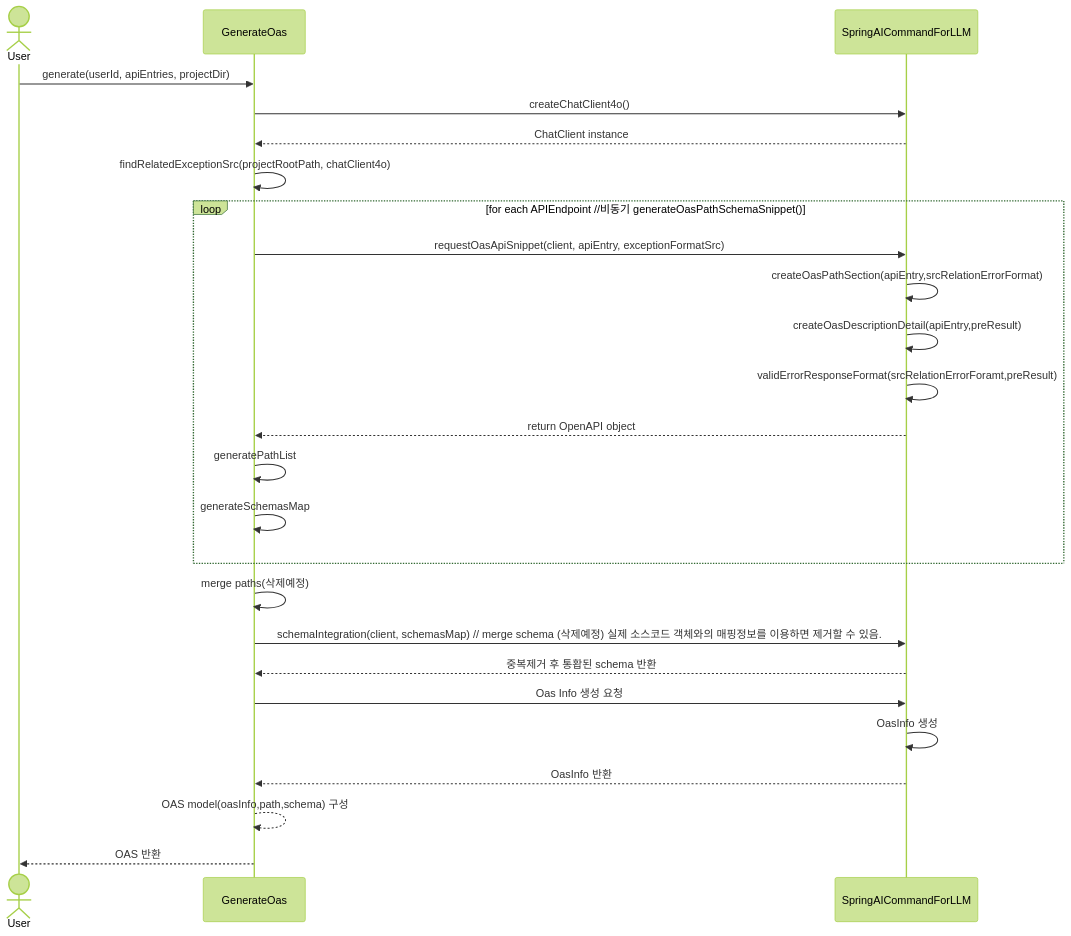
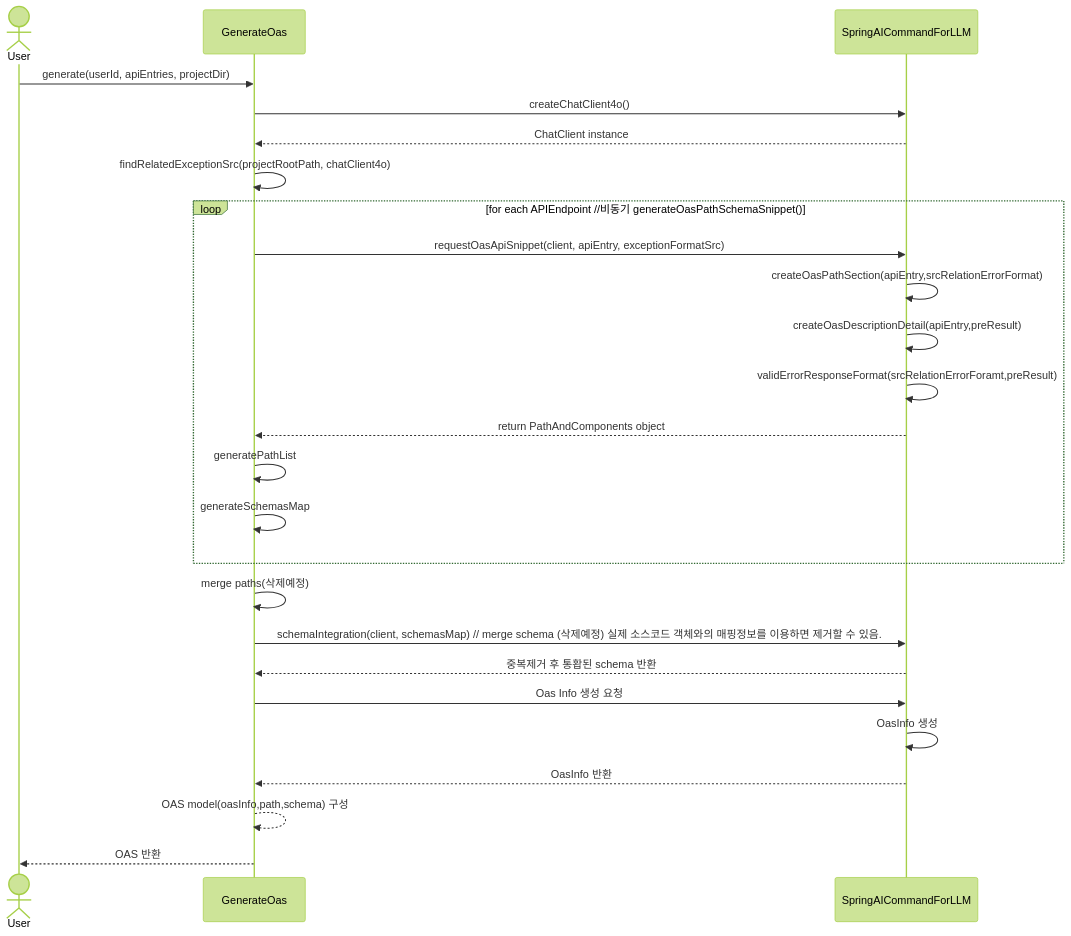
One commit to APIDOC43/SpringBoot-Saas changed the diagram in src/main/java/com/hocs/server/openai/a_readme/sequenceDiagram.md. Above: the diagram before and after it, drawn with Mermaid (forest theme).

Commit message:
📚DOCS(openai.llm): sequenceDiagram.md 수정

````diff
--- a/src/main/java/com/hocs/server/openai/a_readme/sequenceDiagram.md
+++ b/src/main/java/com/hocs/server/openai/a_readme/sequenceDiagram.md
@@ -1,34 +1,34 @@
 ```mermaid
 sequenceDiagram
 actor User
 
 User ->> GenerateOas: generate(userId, apiEntries, projectDir)
 GenerateOas ->> SpringAICommandForLLM: createChatClient4o()
 SpringAICommandForLLM -->> GenerateOas: ChatClient instance
 
 GenerateOas ->> GenerateOas: findRelatedExceptionSrc(projectRootPath, chatClient4o)
 
 loop for each APIEndpoint //비동기 generateOasPathSchemaSnippet()
 GenerateOas ->> SpringAICommandForLLM: requestOasApiSnippet(client, apiEntry, exceptionFormatSrc)
 
 SpringAICommandForLLM ->> SpringAICommandForLLM: createOasPathSection(apiEntry,srcRelationErrorFormat);
 SpringAICommandForLLM ->> SpringAICommandForLLM: createOasDescriptionDetail(apiEntry,preResult);
 SpringAICommandForLLM ->> SpringAICommandForLLM: validErrorResponseFormat(srcRelationErrorForamt,preResult);
-SpringAICommandForLLM -->> GenerateOas: return OpenAPI object
+SpringAICommandForLLM -->> GenerateOas: return PathAndComponents object
 
 GenerateOas ->> GenerateOas: generatePathList
 GenerateOas ->> GenerateOas: generateSchemasMap
 
 end
 
 GenerateOas ->> GenerateOas: merge paths(삭제예정);
 GenerateOas ->> SpringAICommandForLLM: schemaIntegration(client, schemasMap) // merge schema (삭제예정) 실제 소스코드 객체와의 매핑정보를 이용하면 제거할 수 있음. ;
 SpringAICommandForLLM -->> GenerateOas: 중복제거 후 통홥된 schema 반환
 
 GenerateOas ->> SpringAICommandForLLM: Oas Info 생성 요청
 SpringAICommandForLLM ->> SpringAICommandForLLM: OasInfo 생성
 SpringAICommandForLLM -->> GenerateOas: OasInfo 반환
 
 GenerateOas -->> GenerateOas: OAS model(oasInfo,path,schema) 구성
 GenerateOas -->> User: OAS 반환
 ```
````
